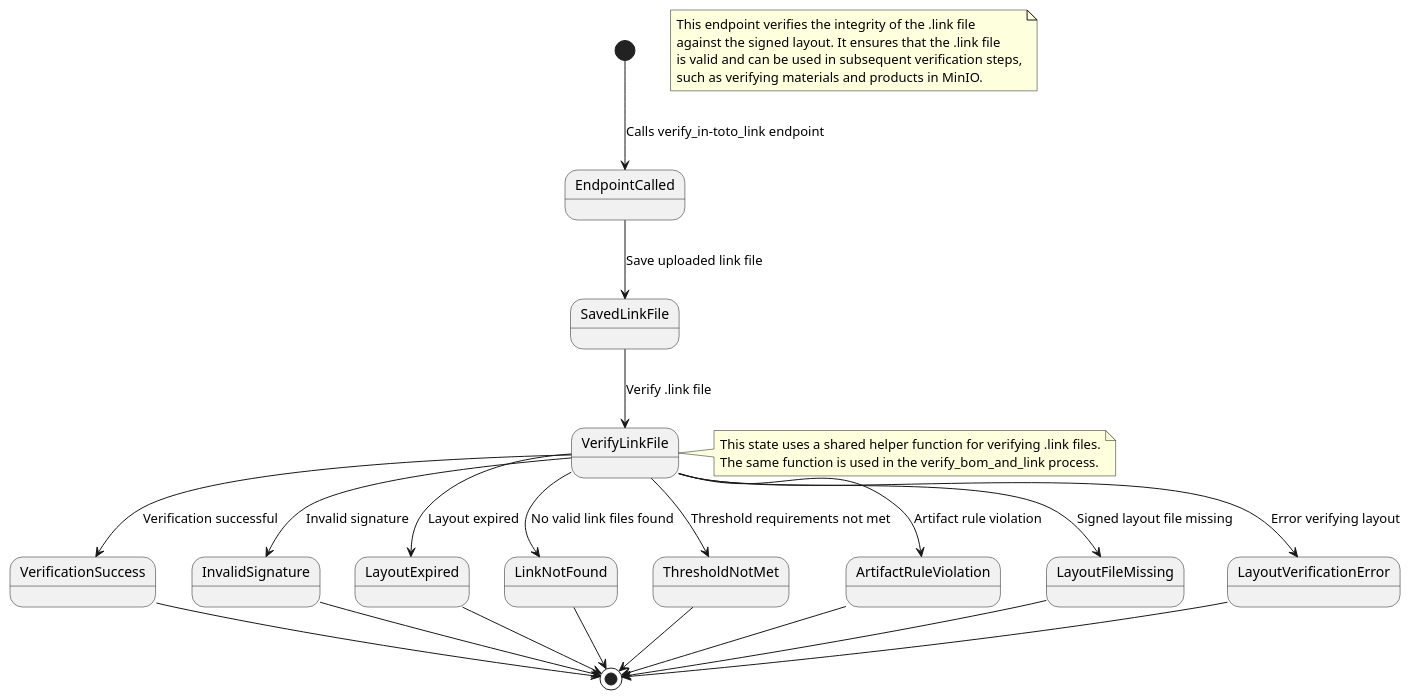
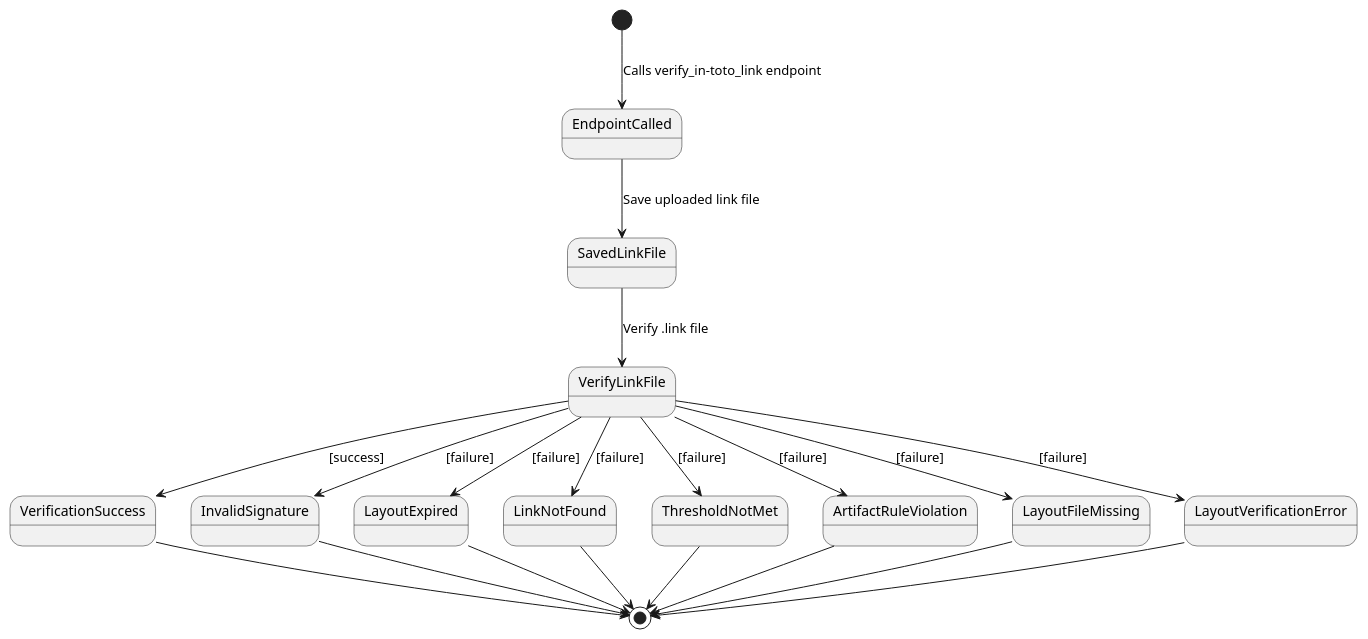
The diagram in docs/diagrams/state/state_verify_in-toto_link.puml (wiebe-vandendriessche/AIBoMGen), drawn with PlantUML before and after one commit. The commit also changed 9 other files, not shown here.

Commit message:
make diagrams without the notes (not readable in thesis)

```diff
--- a/docs/diagrams/state/state_verify_in-toto_link.puml
+++ b/docs/diagrams/state/state_verify_in-toto_link.puml
@@ -1,37 +1,25 @@
 @startuml state_verify_in-toto_link
-
-note as N1
-This endpoint verifies the integrity of the .link file
-against the signed layout. It ensures that the .link file
-is valid and can be used in subsequent verification steps,
-such as verifying materials and products in MinIO.
-end note
 
 [*] --> EndpointCalled : Calls verify_in-toto_link endpoint
 EndpointCalled --> SavedLinkFile : Save uploaded link file
 SavedLinkFile --> VerifyLinkFile : Verify .link file
 
-VerifyLinkFile --> VerificationSuccess : Verification successful
-VerifyLinkFile --> InvalidSignature : Invalid signature
-VerifyLinkFile --> LayoutExpired : Layout expired
-VerifyLinkFile --> LinkNotFound : No valid link files found
-VerifyLinkFile --> ThresholdNotMet : Threshold requirements not met
-VerifyLinkFile --> ArtifactRuleViolation : Artifact rule violation
-VerifyLinkFile --> LayoutFileMissing : Signed layout file missing
-VerifyLinkFile --> LayoutVerificationError : Error verifying layout
-
-note right of VerifyLinkFile
-This state uses a shared helper function for verifying .link files.
-The same function is used in the verify_bom_and_link process.
-end note
+VerifyLinkFile --> VerificationSuccess : [success]
+VerifyLinkFile --> InvalidSignature : [failure]
+VerifyLinkFile --> LayoutExpired : [failure]
+VerifyLinkFile --> LinkNotFound : [failure]
+VerifyLinkFile --> ThresholdNotMet : [failure]
+VerifyLinkFile --> ArtifactRuleViolation :[failure]
+VerifyLinkFile --> LayoutFileMissing : [failure]
+VerifyLinkFile --> LayoutVerificationError : [failure]
 
 VerificationSuccess --> [*]
 InvalidSignature --> [*]
 LayoutExpired --> [*]
 LinkNotFound --> [*]
 ThresholdNotMet --> [*]
 ArtifactRuleViolation --> [*]
 LayoutFileMissing --> [*]
 LayoutVerificationError --> [*]
 
 @enduml
```
